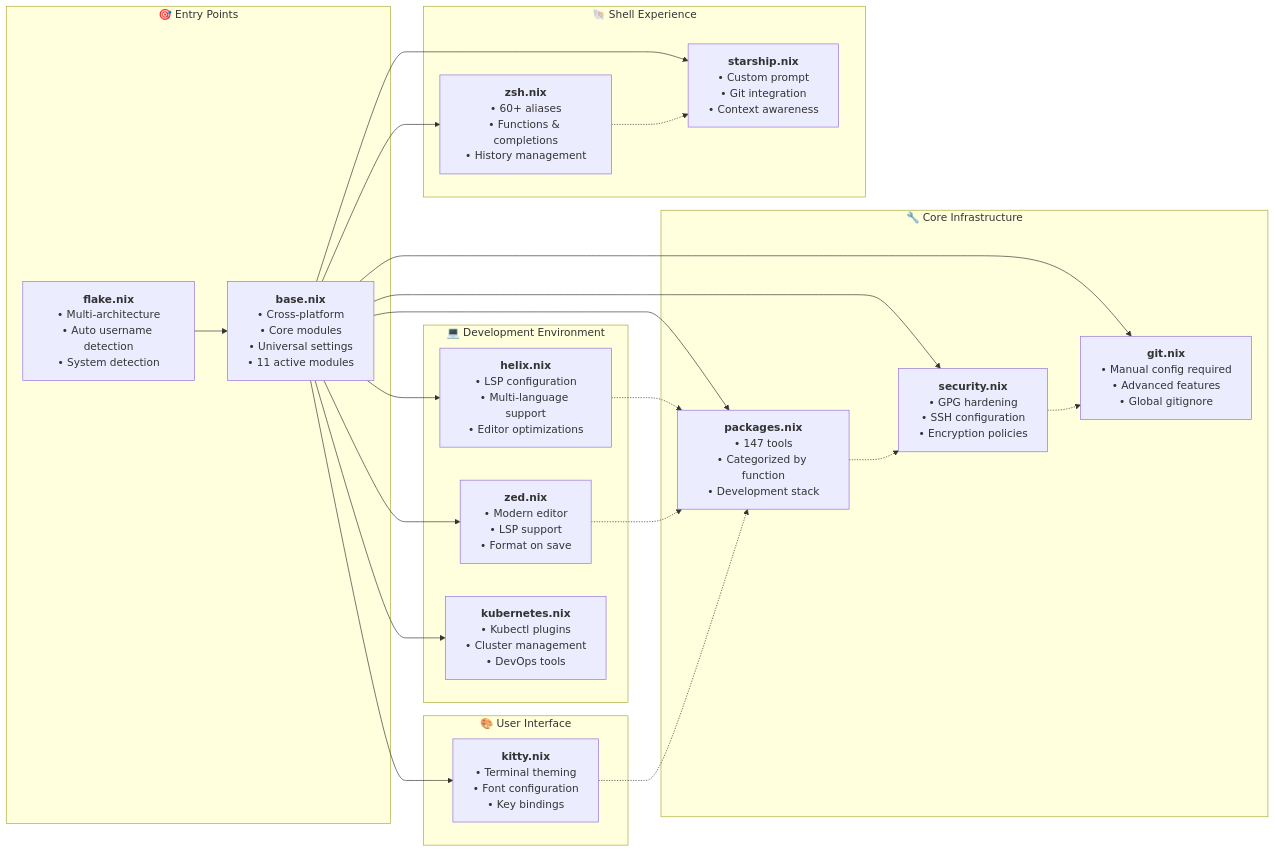
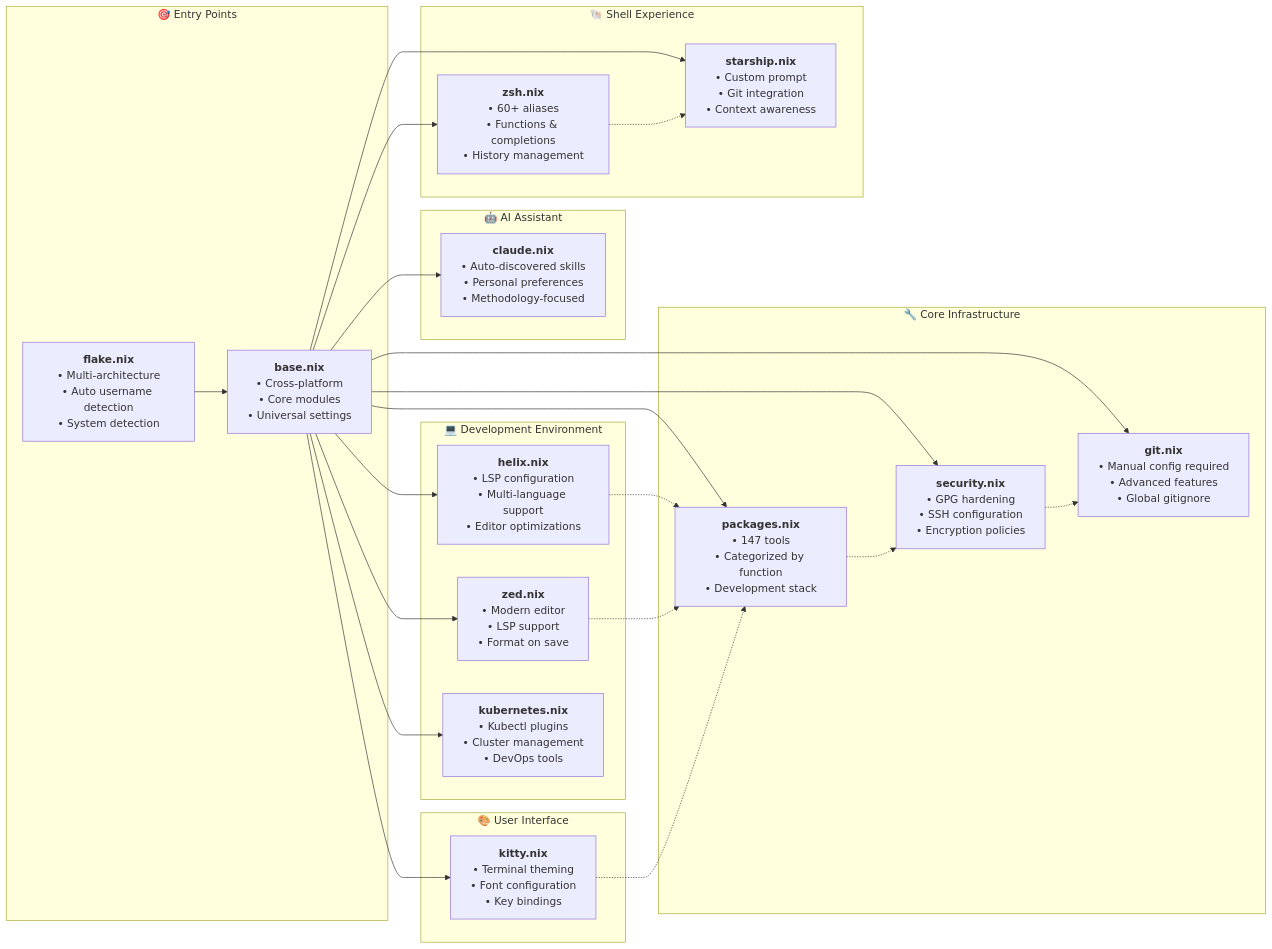
Before and after one commit to pampatzoglou/home-manager: the third of 6 diagrams in docs/ARCHITECTURE.md, drawn with Mermaid. The commit also changed other lines of this file and 59 other files, not shown here.

```diff
--- a/docs/ARCHITECTURE.md
+++ b/docs/ARCHITECTURE.md
@@ -137,8 +140,7 @@
         base["`**base.nix**
         • Cross-platform
         • Core modules
-        • Universal settings
-        • 11 active modules`"]
+        • Universal settings`"]
     end
 
     subgraph "🔧 Core Infrastructure"
@@ -182,6 +184,13 @@
         • Context awareness`"]
     end
 
+    subgraph "🤖 AI Assistant"
+        claude["`**claude.nix**
+        • Auto-discovered skills
+        • Personal preferences
+        • Methodology-focused`"]
+    end
+
     subgraph "🎨 User Interface"
         kitty["`**kitty.nix**
         • Terminal theming
@@ -198,6 +207,7 @@
     base --> k8s
     base --> zsh
     base --> starship
+    base --> claude
     base --> kitty
 
     packages -.-> security
```
